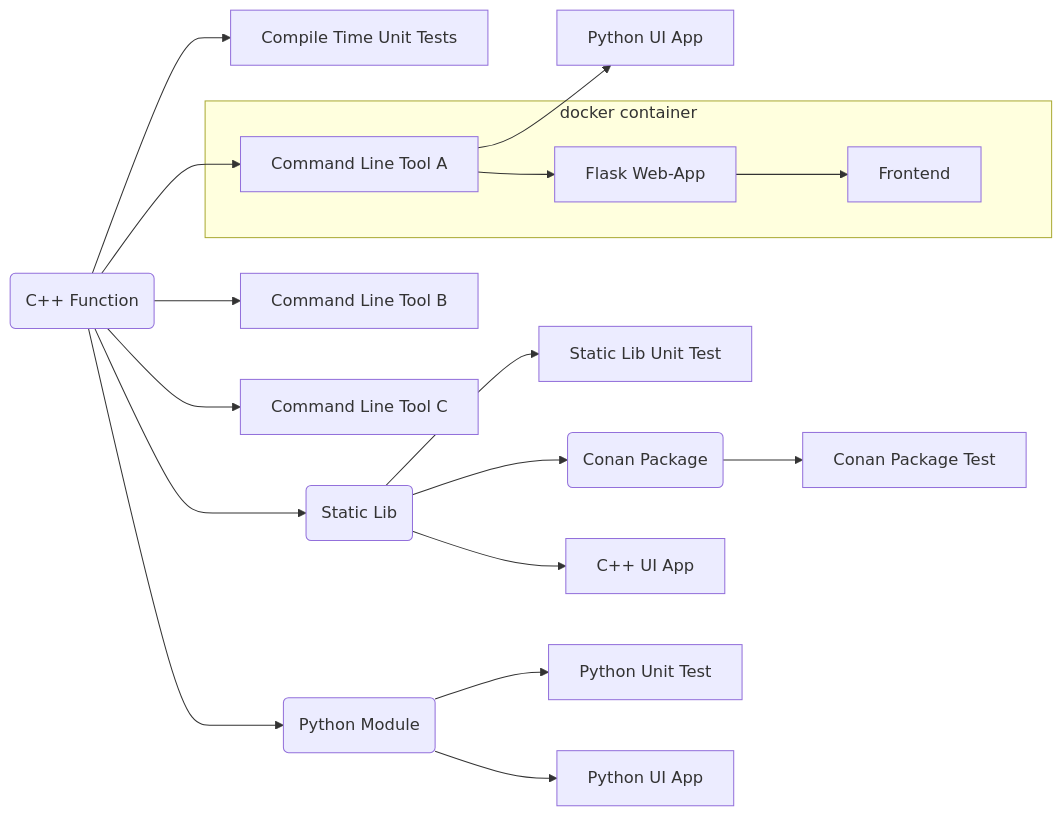
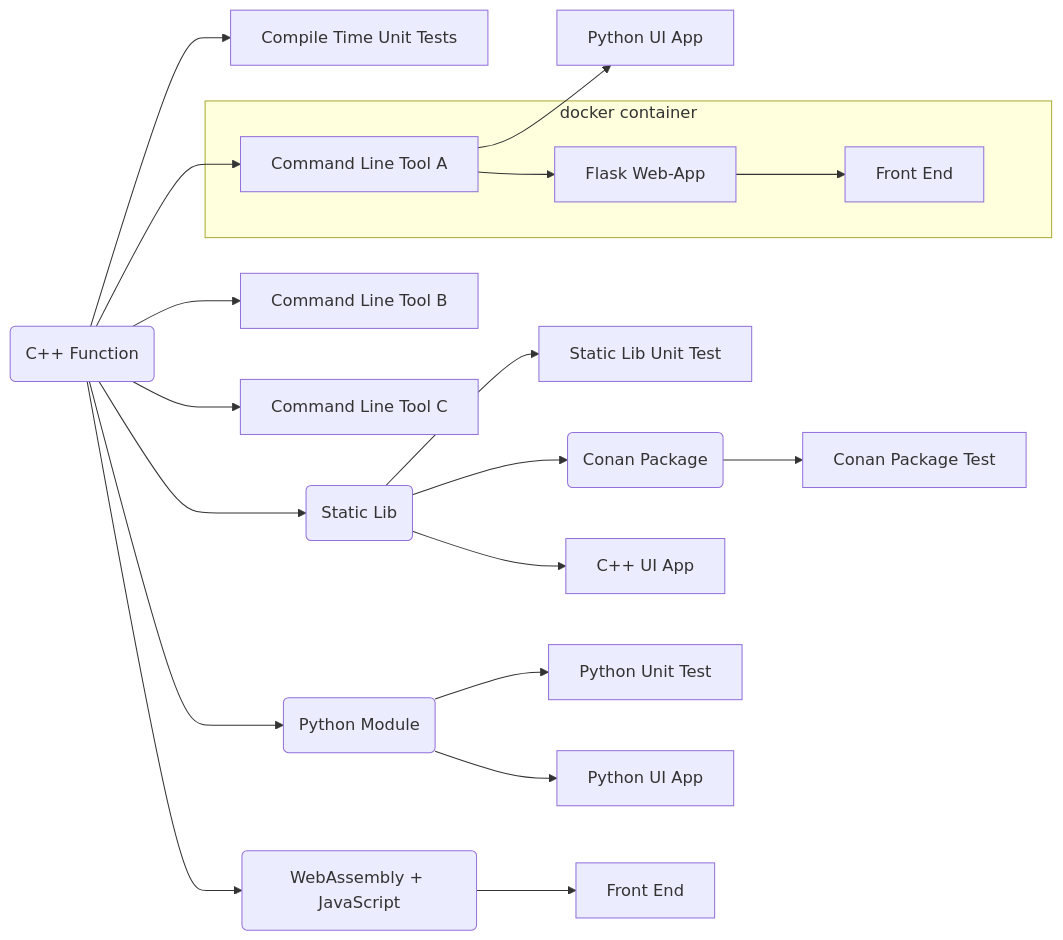
The diagram in README.md (SebastianBach/full-stack), drawn with Mermaid before and after one commit. The commit also changed other lines of this file and 4 other files, not shown here.

Commit message:
added WebAssembly usage

````diff
--- a/README.md
+++ b/README.md
@@ -29,30 +31,34 @@
 ```mermaid
   flowchart LR;
 
     F(C++ Function) --> CUT[Compile Time Unit Tests];
 
     F --> CLI1[Command Line Tool A]
     F --> CLI2[Command Line Tool B]
     F --> CLI3[Command Line Tool C]
 
     CLI1 --> PYAPP2[Python UI App]
 
     F --> LIB(Static Lib)
 
     LIB --> LIBTEST[Static Lib Unit Test]
     LIB --> C(Conan Package)
 
     LIB --> QTCPP[C++ UI App]
 
     C --> CT[Conan Package Test]
 
     F --> PY(Python Module)
 
     subgraph docker container
     CLI1 --> SERVER[Flask Web-App]
-    SERVER --> FRONT[Frontend]
+    SERVER --> FRONT[Front End]
     end
 
     PY --> PYTEST[Python Unit Test]
     PY --> PYAPP[Python UI App]
+
+    F --> WASM(WebAssembly + JavaScript)
+
+    WASM --> WASMF[Front End]
 ```
````
